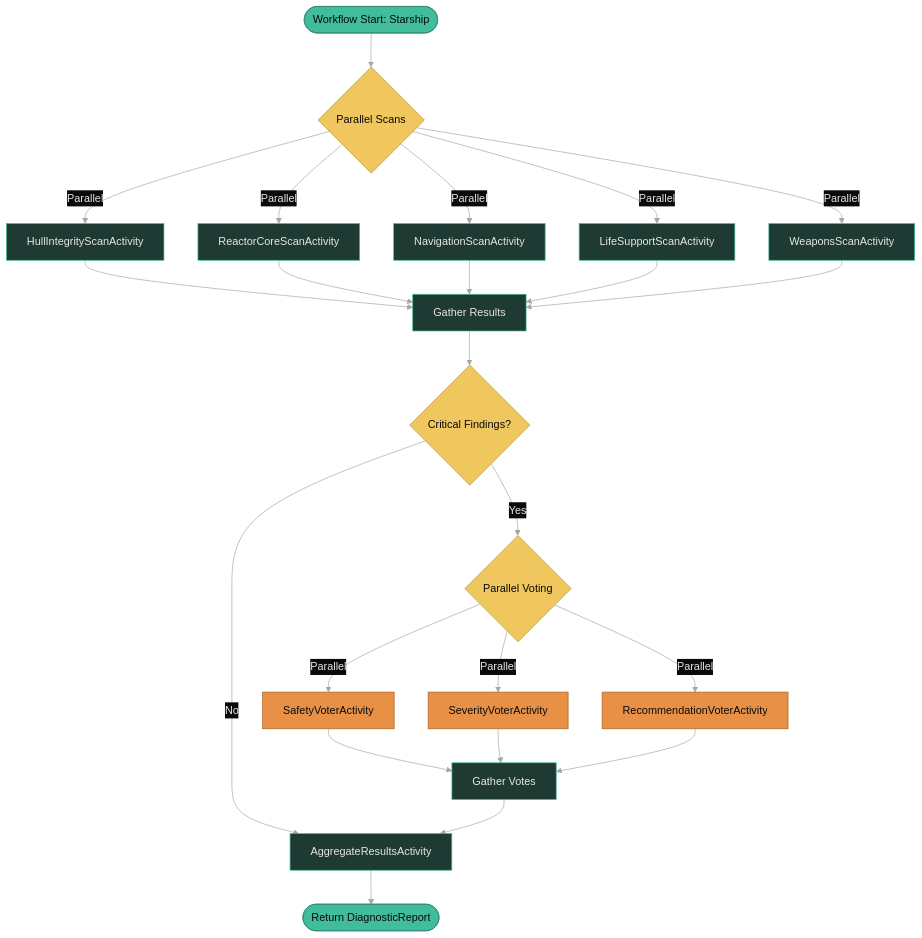
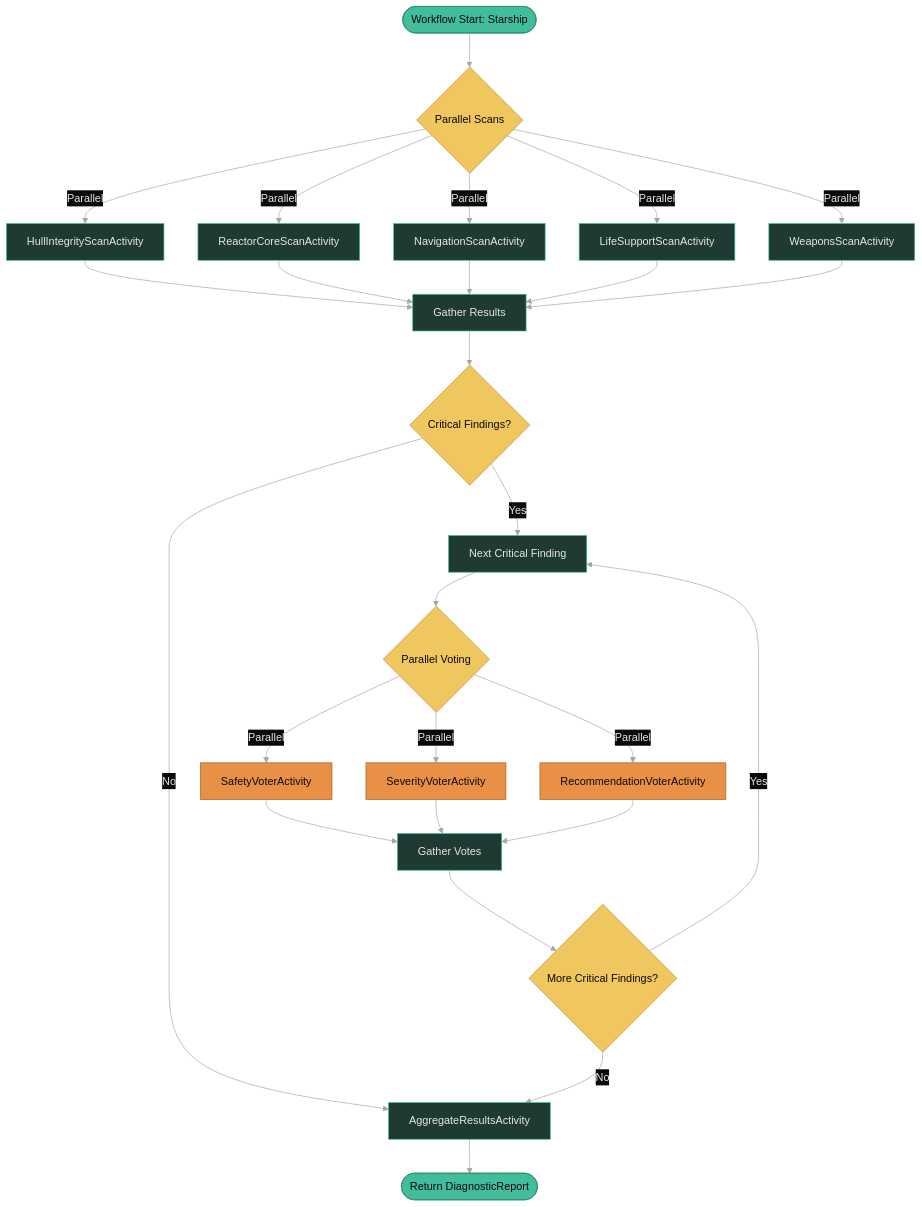
Before and after one commit to diagrid-labs/dapr-reliable-agentic-systems: the diagram in .demo/slides/09-parallelization/09-05-demo-diagram.md, drawn with Mermaid. The commit also changed 10 other files, not shown here.

````diff
--- a/.demo/slides/09-parallelization/09-05-demo-diagram.md
+++ b/.demo/slides/09-parallelization/09-05-demo-diagram.md
@@ -3,40 +3,44 @@
 ```mermaid
 %%{init: {"theme":"base","themeVariables":{"background":"#0a0a0a","primaryColor":"#1f3a32","primaryTextColor":"#e6e6e6","primaryBorderColor":"#41BD9B","lineColor":"#A6A6A6","secondaryColor":"#111315","tertiaryColor":"#111315","clusterBkg":"#111315","clusterBorder":"#41BD9B","titleColor":"#F0C75E","edgeLabelBackground":"#0a0a0a","noteBkgColor":"#111315","noteTextColor":"#e6e6e6","noteBorderColor":"#41BD9B","actorBkg":"#1f3a32","actorBorder":"#41BD9B","actorTextColor":"#e6e6e6","actorLineColor":"#A6A6A6","signalColor":"#A6A6A6","signalTextColor":"#e6e6e6","labelBoxBkgColor":"#0a0a0a","labelBoxBorderColor":"#41BD9B","labelTextColor":"#e6e6e6","loopTextColor":"#e6e6e6","altSectionBkgColor":"#111315","sectionBkgColor":"#111315","fontFamily":"Geist,sans-serif"}}}%%
 graph TD
     Start([Workflow Start: Starship]) --> Parallel{Parallel Scans}
     Parallel -->|Parallel| S1[HullIntegrityScanActivity]
     Parallel -->|Parallel| S2[ReactorCoreScanActivity]
     Parallel -->|Parallel| S3[NavigationScanActivity]
     Parallel -->|Parallel| S4[LifeSupportScanActivity]
     Parallel -->|Parallel| S5[WeaponsScanActivity]
     S1 --> Gather[Gather Results]
     S2 --> Gather
     S3 --> Gather
     S4 --> Gather
     S5 --> Gather
     Gather --> Gate{Critical Findings?}
-    Gate -->|Yes| Vote{Parallel Voting}
+    Gate -->|Yes| Next[Next Critical Finding]
+    Next --> Vote{Parallel Voting}
     Gate -->|No| Aggregate[AggregateResultsActivity]
     Vote -->|Parallel| V1[SafetyVoterActivity]
     Vote -->|Parallel| V2[SeverityVoterActivity]
     Vote -->|Parallel| V3[RecommendationVoterActivity]
     V1 --> GatherVotes[Gather Votes]
     V2 --> GatherVotes
     V3 --> GatherVotes
-    GatherVotes --> Aggregate
+    GatherVotes --> More{More Critical Findings?}
+    More -->|Yes| Next
+    More -->|No| Aggregate
     Aggregate --> End([Return DiagnosticReport])
     
     style Start fill:#41BD9B,stroke:#2d8a70,color:#0a0a0a
     style End fill:#41BD9B,stroke:#2d8a70,color:#0a0a0a
     style Parallel fill:#F0C75E,stroke:#b8943f,color:#0a0a0a
     style Gate fill:#F0C75E,stroke:#b8943f,color:#0a0a0a
+    style More fill:#F0C75E,stroke:#b8943f,color:#0a0a0a
     style Vote fill:#F0C75E,stroke:#b8943f,color:#0a0a0a
     style S1 fill:#1f3a32,stroke:#41BD9B,color:#e6e6e6
     style S2 fill:#1f3a32,stroke:#41BD9B,color:#e6e6e6
     style S3 fill:#1f3a32,stroke:#41BD9B,color:#e6e6e6
     style S4 fill:#1f3a32,stroke:#41BD9B,color:#e6e6e6
     style S5 fill:#1f3a32,stroke:#41BD9B,color:#e6e6e6
     style V1 fill:#E89146,stroke:#a85f1f,color:#0a0a0a
     style V2 fill:#E89146,stroke:#a85f1f,color:#0a0a0a
     style V3 fill:#E89146,stroke:#a85f1f,color:#0a0a0a
 ```
````
